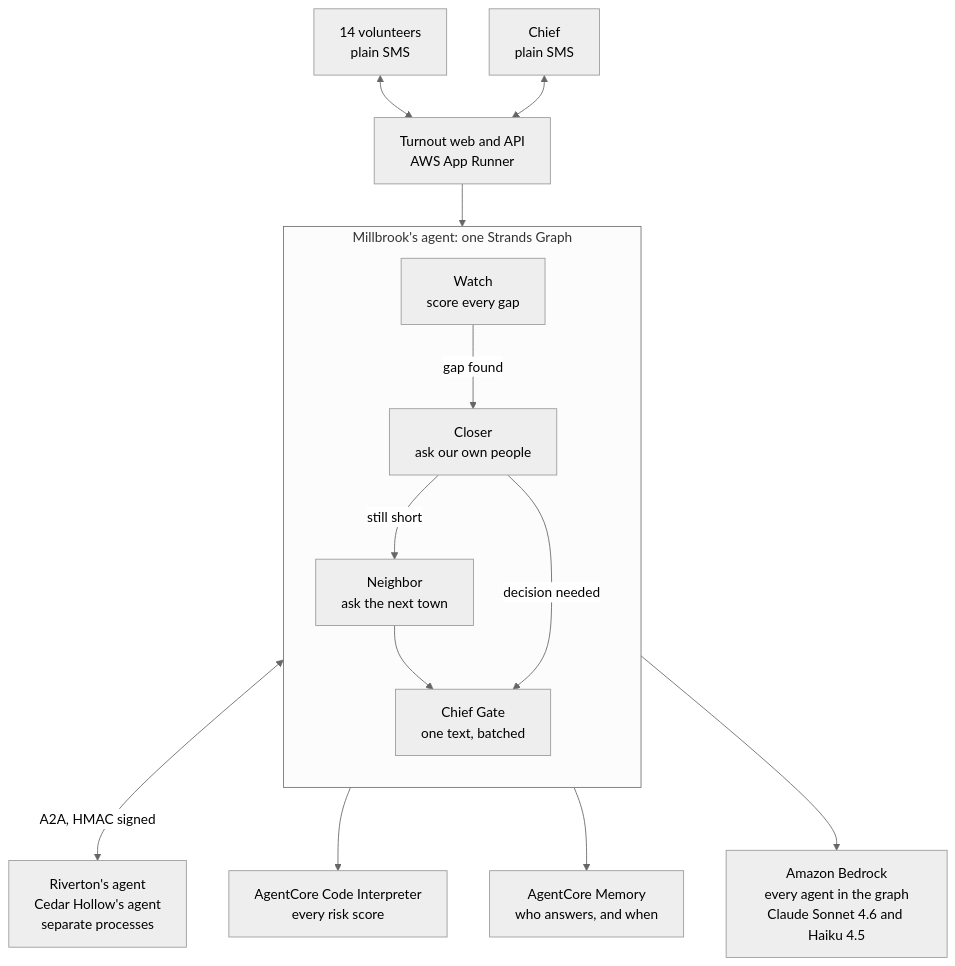
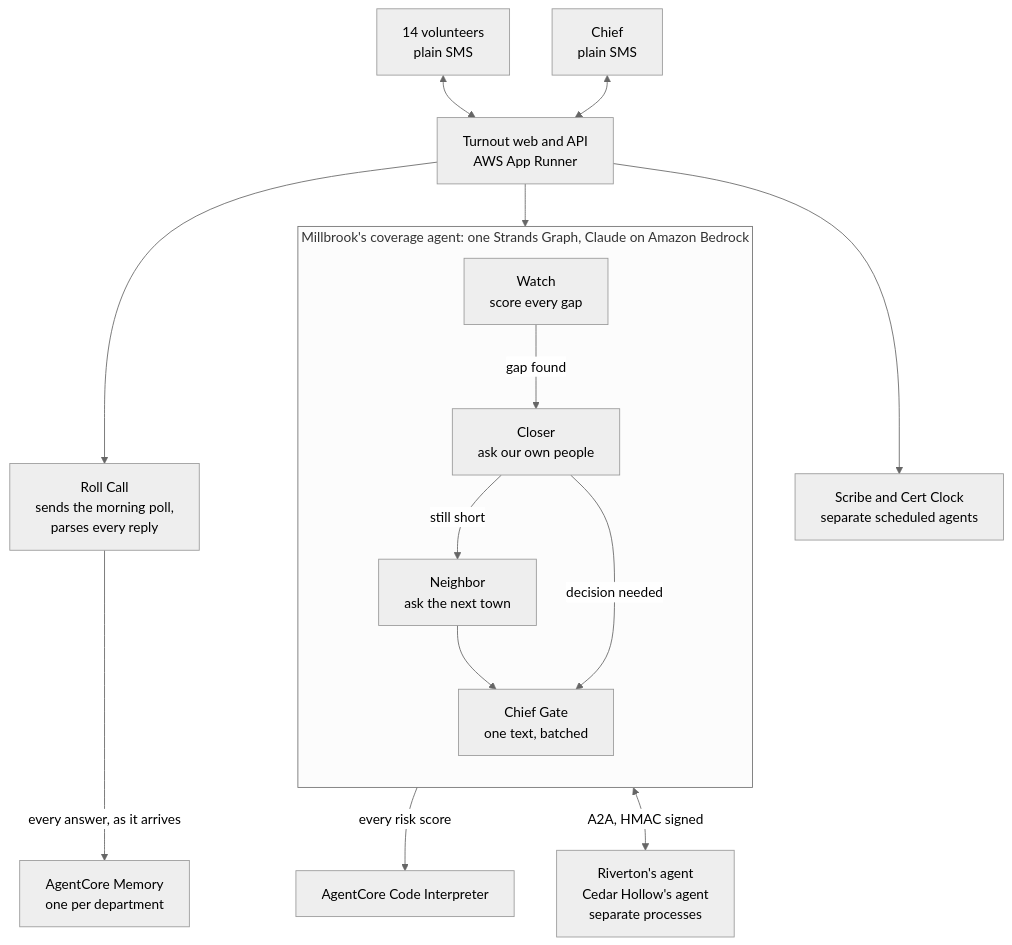
Before and after one commit to usv240/turnout: the diagram in README.md, drawn with Mermaid.

First paragraph of the commit message:
Correct the architecture diagram against the actual call sites
Checked every edge against the code rather than against memory of the code, and
three of them were wrong.

````diff
--- a/README.md
+++ b/README.md
@@ -62,24 +62,22 @@
 ```mermaid
 %%{init: {'theme': 'neutral'}}%%
 flowchart TB
   VOL["14 volunteers<br/>plain SMS"] <--> API
   CHIEF["Chief<br/>plain SMS"] <--> API
-  API["Turnout web and API<br/>AWS App Runner"] --> WATCH
+  API["Turnout web and API<br/>AWS App Runner"]
+  API --> ROLL["Roll Call<br/>sends the morning poll,<br/>parses every reply"]
+  API --> WATCH
+  API --> JOBS["Scribe and Cert Clock<br/>separate scheduled agents"]
+  ROLL -->|"every answer, as it arrives"| MEM["AgentCore Memory<br/>one per department"]
 
-  subgraph DEPT["Millbrook's agent: one Strands Graph"]
+  subgraph DEPT["Millbrook's coverage agent: one Strands Graph, Claude on Amazon Bedrock"]
     direction TB
-    WATCH["Watch<br/>score every gap"]
-    CLOSER["Closer<br/>ask our own people"]
-    NEIGHBOR["Neighbor<br/>ask the next town"]
-    GATE["Chief Gate<br/>one text, batched"]
-    WATCH -->|"gap found"| CLOSER
-    CLOSER -->|"still short"| NEIGHBOR
-    NEIGHBOR --> GATE
+    WATCH["Watch<br/>score every gap"] -->|"gap found"| CLOSER["Closer<br/>ask our own people"]
+    CLOSER -->|"still short"| NEIGHBOR["Neighbor<br/>ask the next town"]
+    NEIGHBOR --> GATE["Chief Gate<br/>one text, batched"]
     CLOSER -->|"decision needed"| GATE
   end
 
+  WATCH -->|"every risk score"| CODE["AgentCore Code Interpreter"]
   NEIGHBOR <-->|"A2A, HMAC signed"| PEERS["Riverton's agent<br/>Cedar Hollow's agent<br/>separate processes"]
-  WATCH --> CODE["AgentCore Code Interpreter<br/>every risk score"]
-  CLOSER --> MEM["AgentCore Memory<br/>who answers, and when"]
-  DEPT --> BEDROCK["Amazon Bedrock<br/>every agent in the graph<br/>Claude Sonnet 4.6 and Haiku 4.5"]
 ```
````
